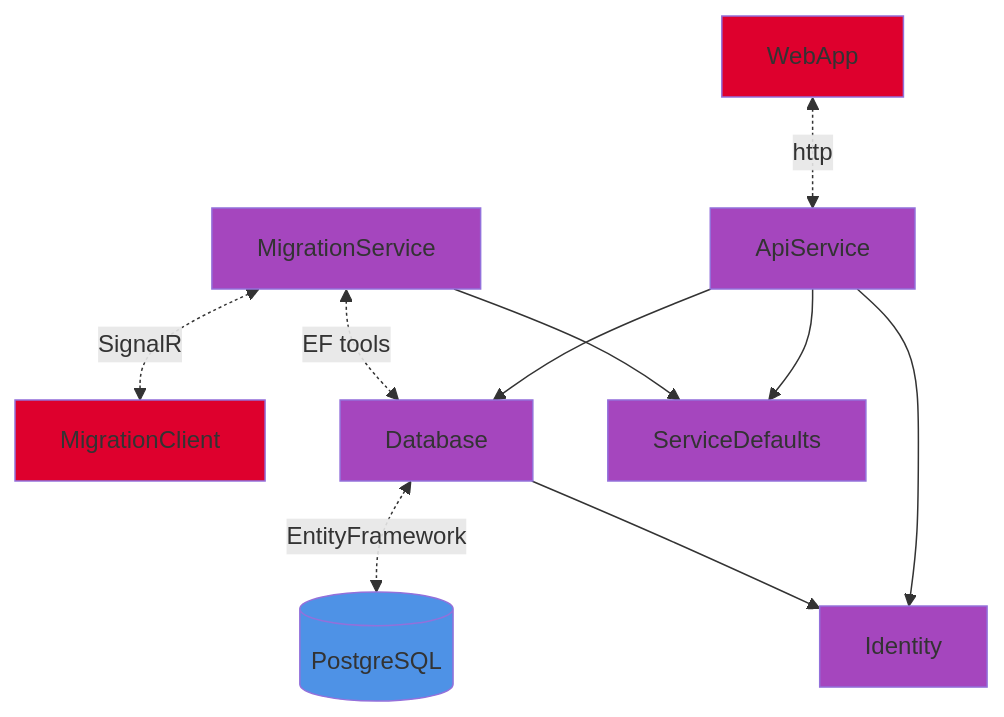
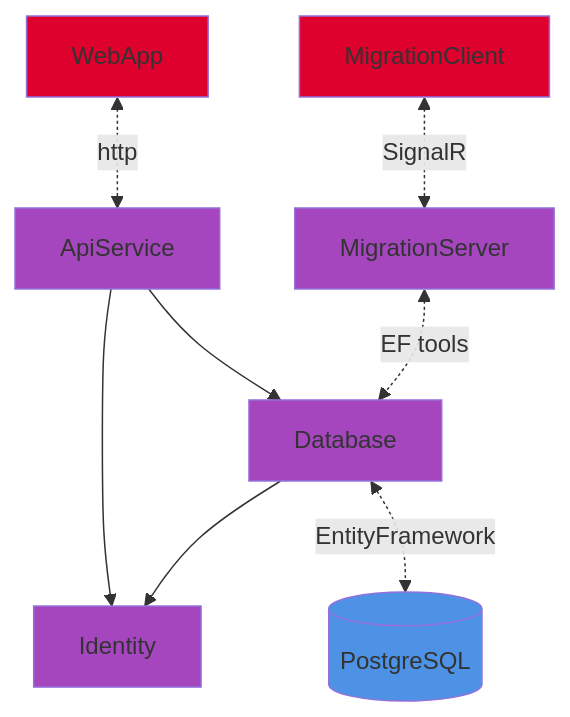
Before and after one commit to RafaMadera18/CS_Equipo4: the diagram in src/MrHotel/README.md, drawn with Mermaid. The commit also changed other lines of this file and 1 other file, not shown here.

````diff
--- a/src/MrHotel/README.md
+++ b/src/MrHotel/README.md
@@ -53,21 +61,18 @@
 ```mermaid
 graph TD
     style ApiService fill:#a546be
-    style MigrationService fill:#a546be
     style MigrationClient fill:#de002d
+    style MigrationServer fill:#a546be
+    style WebApp fill:#de002d
     style Database fill:#a546be
-    style ServiceDefaults fill:#a546be
-    style WebApp fill:#de002d
+    style Identity fill:#a546be
     style db fill:#4e92e6
-    style Identity fill:#a546be
 
+    WebApp <-.->|http| ApiService
+    MigrationClient <-.->|SignalR| MigrationServer
     ApiService --> Database
-    ApiService --> ServiceDefaults
-    WebApp <-.->|http| ApiService
-    MigrationService --> ServiceDefaults
-    MigrationService <-.->|SignalR| MigrationClient
-    MigrationService <-.->|EF tools| Database
+    ApiService --> Identity
+    MigrationServer <-.->|EF tools| Database
+    Database --> Identity
     Database <-.->|EntityFramework| db[(PostgreSQL)]
-    ApiService --> Identity
-    Database --> Identity
 ```
````
